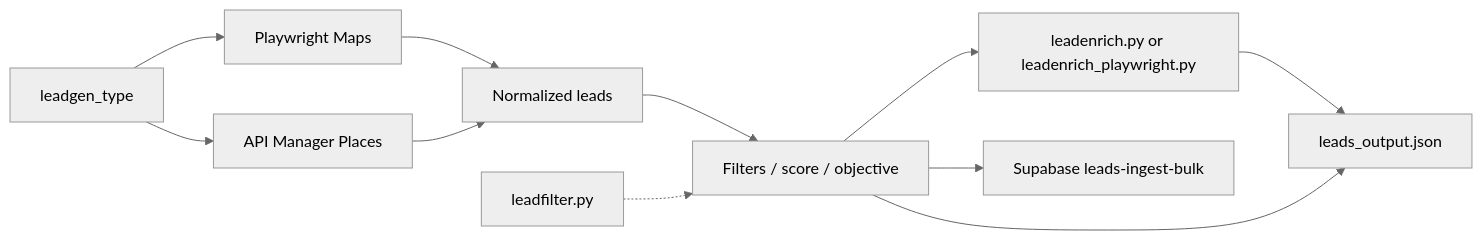
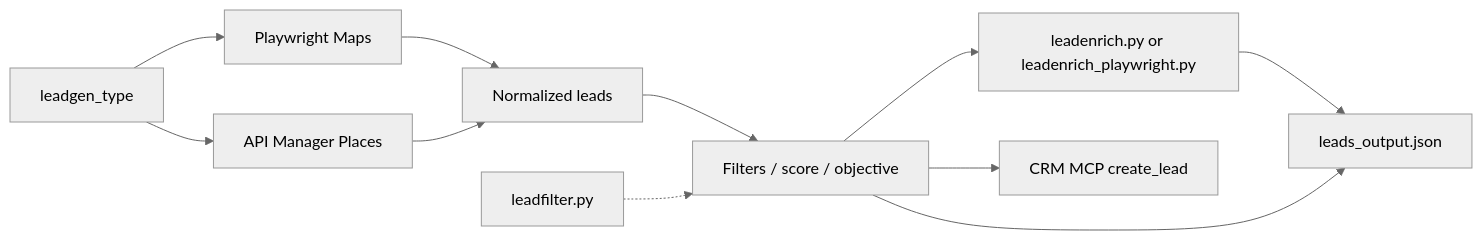
The diagram in documentation/scripts/leadgen.md (StaticxViper/cjm-dev), drawn with Mermaid (neutral theme) before and after one commit. The commit also changed other lines of this file and 14 other files, not shown here.

First line of the commit message:
Refactor lead automation to integrate CRM MCP for lead creation

````diff
--- a/documentation/scripts/leadgen.md
+++ b/documentation/scripts/leadgen.md
@@ -184,13 +184,13 @@
 ```mermaid
 flowchart LR
   cfg[leadgen_type] --> pw[Playwright Maps]
   cfg --> api[API Manager Places]
   pw --> norm[Normalized leads]
   api --> norm
   norm --> filters[Filters / score / objective]
   filters --> enrich[leadenrich.py or leadenrich_playwright.py]
   enrich --> jsonOut[leads_output.json]
   filters --> jsonOut
-  filters --> supabase[Supabase leads-ingest-bulk]
+  filters --> crm[CRM MCP create_lead]
   leadfilter[leadfilter.py] -.-> filters
 ```
````
